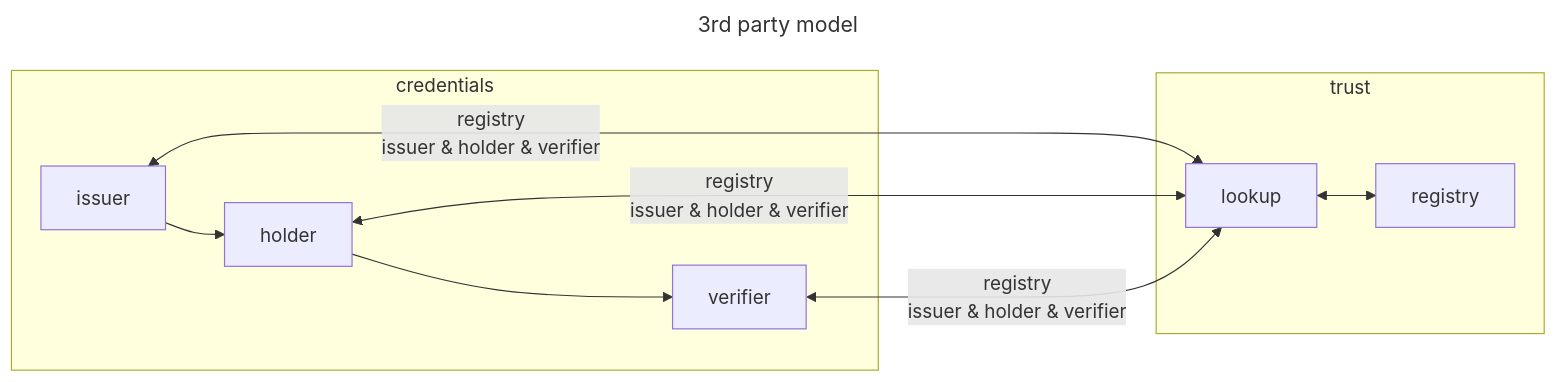
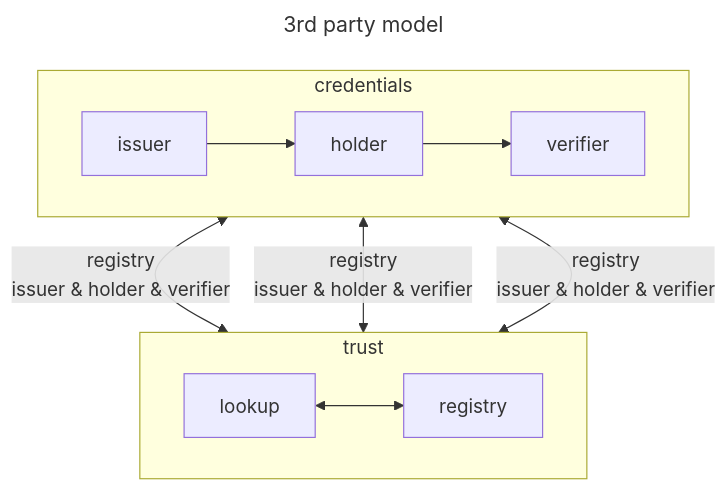
One commit to leifj/webuild-architecture changed the second of 2 diagrams in webuild-drafts/draft-leifj-local-trust-resolver.md. Above: the diagram before and after it, drawn with Mermaid.

````diff
--- a/webuild-drafts/draft-leifj-local-trust-resolver.md
+++ b/webuild-drafts/draft-leifj-local-trust-resolver.md
@@ -43,15 +43,18 @@
 ```mermaid
 ---
 title: 3rd party model
 ---
-flowchart LR
+flowchart TD
    issuer & holder & verifier<--registry
    issuer & holder & verifier-->lookup
    subgraph credentials
+   direction LR
    issuer-->holder
    holder-->verifier
    end
    subgraph trust
+   direction LR
    lookup<-->registry
    end
+   
 ```
````
